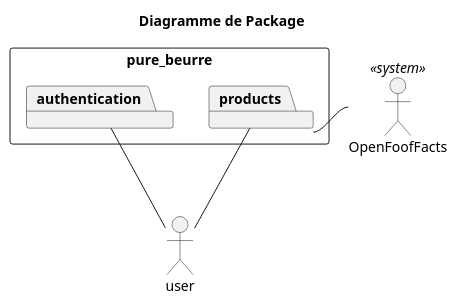
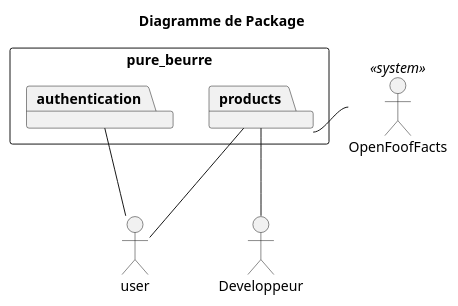
One commit to Zepmanbc/oc_dapython_pr8 changed the diagram in doc/uml/01_package.puml. Above: the diagram before and after it, drawn with PlantUML. The commit also changed 33 other files, not shown here.

```diff
--- a/doc/uml/01_package.puml
+++ b/doc/uml/01_package.puml
@@ -1,16 +1,18 @@
 @startuml 01_package
 title Diagramme de Package
 
 rectangle pure_beurre {
     package products
     package authentication
 }
 actor user
 actor OpenFoofFacts <<system>>
+actor Developpeur
 
 products -- user
 authentication -- user
 products - OpenFoofFacts
+products -- Developpeur
 
 
 @enduml
```
